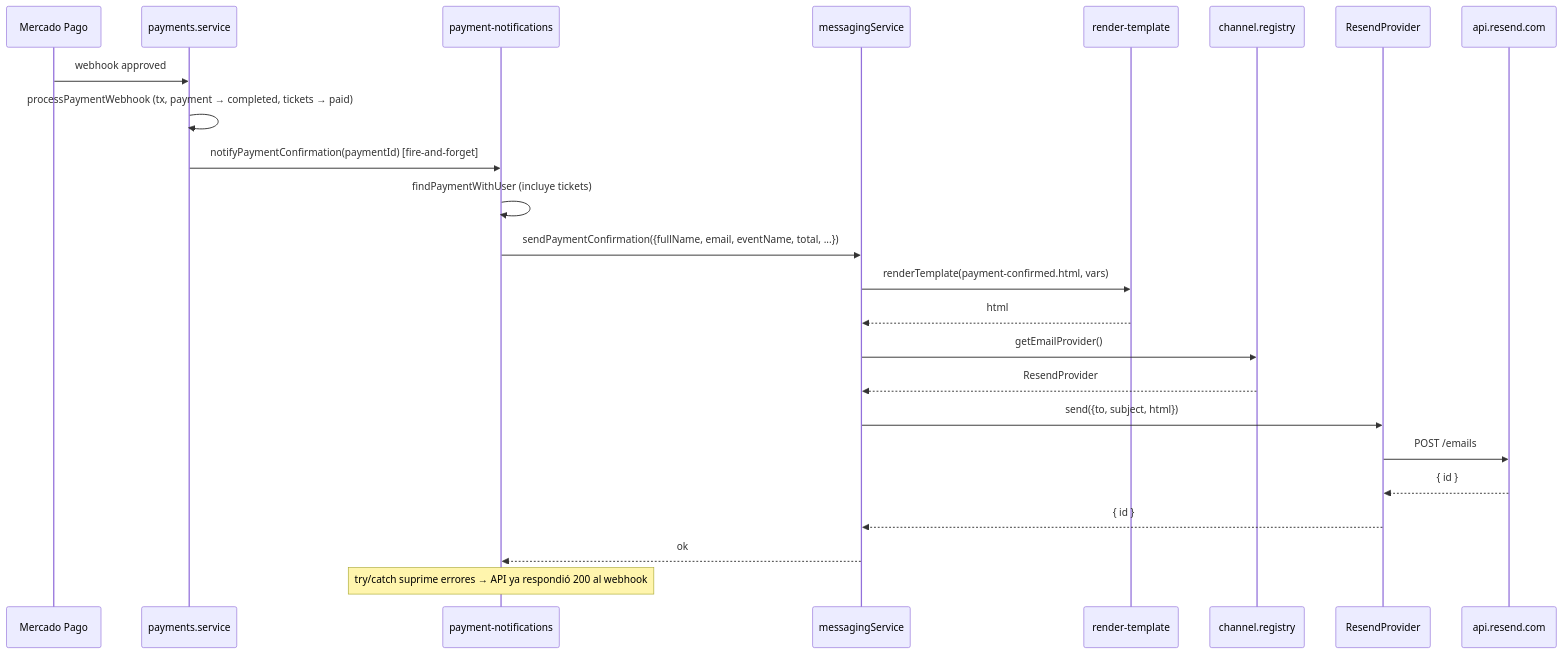
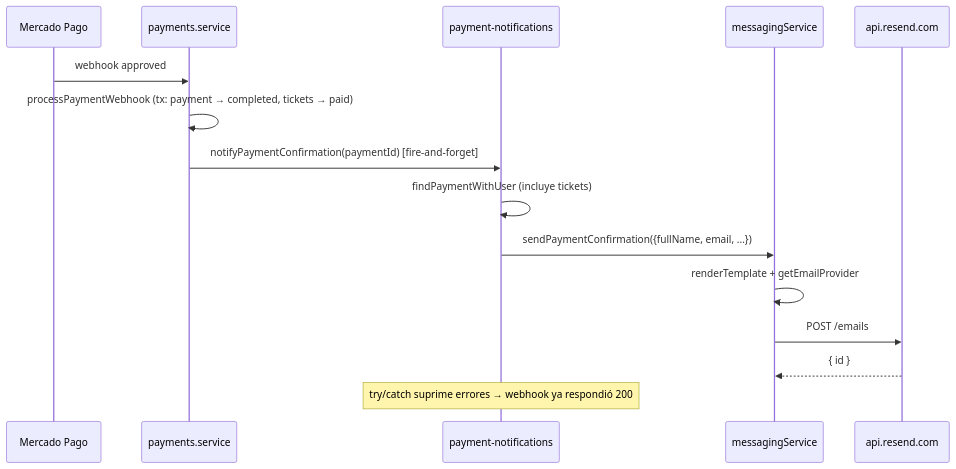
Before and after one commit to User281167/venta-de-tickets: the first of 2 diagrams in backend/src/modules/messaging/README.md, drawn with Mermaid. The commit also changed other lines of this file and 11 other files, not shown here.

````diff
--- a/backend/src/modules/messaging/README.md
+++ b/backend/src/modules/messaging/README.md
@@ -65,27 +70,18 @@
 ```mermaid
 sequenceDiagram
     participant MP as Mercado Pago
     participant API as payments.service
     participant PN as payment-notifications
     participant MS as messagingService
-    participant T as render-template
-    participant CR as channel.registry
-    participant RP as ResendProvider
     participant Resend as api.resend.com
 
     MP->>API: webhook approved
-    API->>API: processPaymentWebhook (tx, payment → completed, tickets → paid)
+    API->>API: processPaymentWebhook (tx: payment → completed, tickets → paid)
     API->>PN: notifyPaymentConfirmation(paymentId) [fire-and-forget]
     PN->>PN: findPaymentWithUser (incluye tickets)
-    PN->>MS: sendPaymentConfirmation({fullName, email, eventName, total, ...})
-    MS->>T: renderTemplate(payment-confirmed.html, vars)
-    T-->>MS: html
-    MS->>CR: getEmailProvider()
-    CR-->>MS: ResendProvider
-    MS->>RP: send({to, subject, html})
-    RP->>Resend: POST /emails
-    Resend-->>RP: { id }
-    RP-->>MS: { id }
-    MS-->>PN: ok
-    Note over PN: try/catch suprime errores → API ya respondió 200 al webhook
+    PN->>MS: sendPaymentConfirmation({fullName, email, ...})
+    MS->>MS: renderTemplate + getEmailProvider
+    MS->>Resend: POST /emails
+    Resend-->>MS: { id }
+    Note over PN: try/catch suprime errores → webhook ya respondió 200
 ```
````
